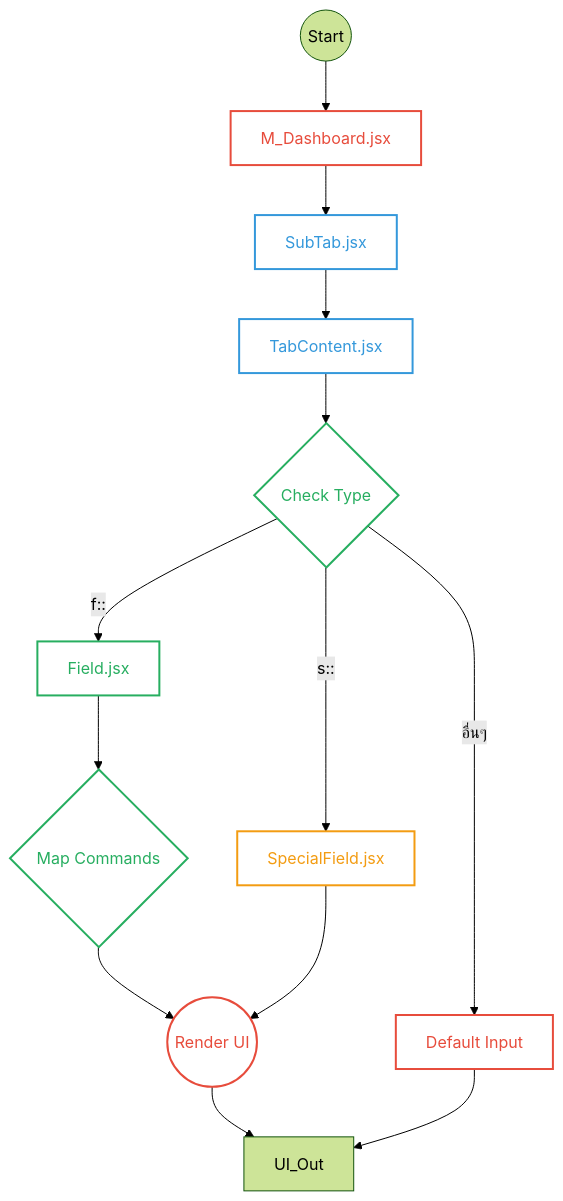
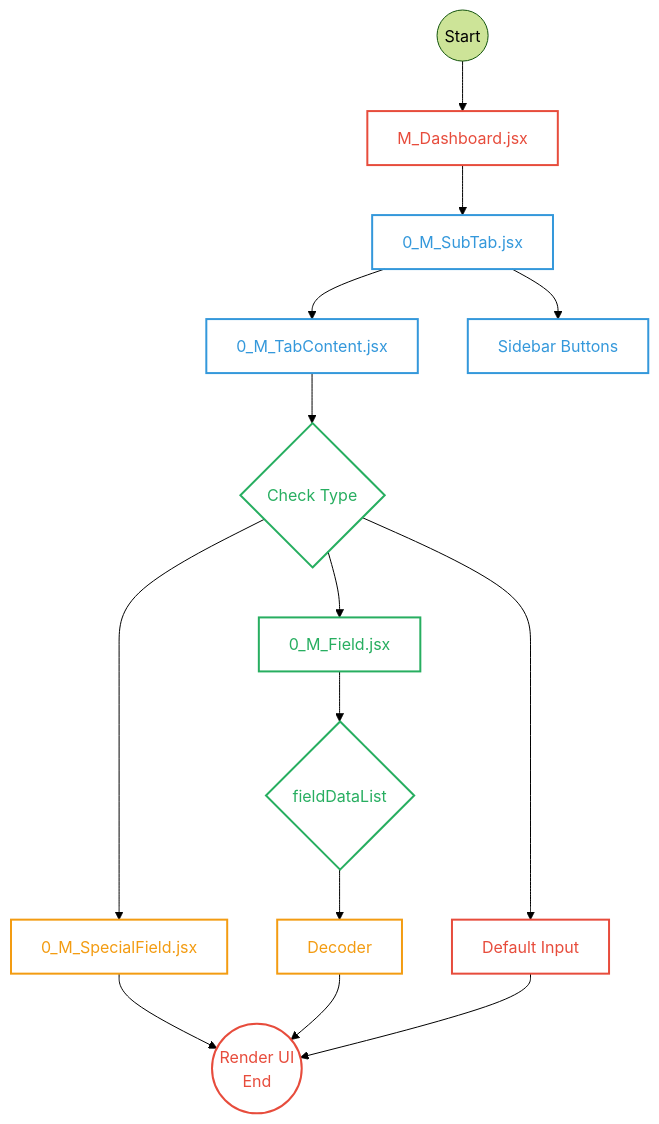
Before and after one commit to softwaretotest/learn_frontend: the diagram in docs/LARAVEL_M-BOT/Flow_M_UI.md, drawn with Mermaid (forest theme).

Commit message:
update Flow_M_UI

````diff
--- a/docs/LARAVEL_M-BOT/Flow_M_UI.md
+++ b/docs/LARAVEL_M-BOT/Flow_M_UI.md
@@ -3,30 +3,29 @@
 ```mermaid
 graph TD
-    %% Define Styles - ไม่มีสีพื้นหลัง, เน้นสีเส้นขอบและตัวอักษร
+    %% Define Styles - ไม่มีพื้นหลัง, เส้นขอบและสีตาม Convention เดิม
     classDef mainNode stroke:#e74c3c,stroke-width:2px,color:#e74c3c,fill:none;
     classDef subNode stroke:#3498db,stroke-width:2px,color:#3498db,fill:none;
     classDef logicNode stroke:#27ae60,stroke-width:2px,color:#27ae60,fill:none;
     classDef handlerNode stroke:#f39c12,stroke-width:2px,color:#f39c12,fill:none;
 
     %% Flow Structure
     Start((Start)) --> M_Dashboard[M_Dashboard.jsx]:::mainNode
 
-    M_Dashboard --> SubTab[SubTab.jsx]:::subNode
-    SubTab --> TabContent[TabContent.jsx]:::subNode
+    M_Dashboard --> SubTab[0_M_SubTab.jsx]:::subNode
 
-    %% Dispatcher Logic
-    TabContent --> CheckClass{Check Type}:::logicNode
+    SubTab --> TabContent[0_M_TabContent.jsx]:::subNode
+    SubTab --> SidebarButtons[Sidebar Buttons]:::subNode
 
-    CheckClass -- "s::" --> SpecialField[SpecialField.jsx]:::handlerNode
-    CheckClass -- "f::" --> Field[Field.jsx]:::logicNode
-    CheckClass -- "อื่นๆ" --> DefaultInput[Default Input]:::mainNode
+    TabContent --> CheckType{Check Type}:::logicNode
 
-    %% Decoder Logic
-    Field --> Commands{Map Commands}:::logicNode
-    Commands --> Decoder[Decoder]:::handlerNode
+    CheckType --> SpecialField[0_M_SpecialField.jsx]:::handlerNode
+    CheckType --> Field[0_M_Field.jsx]:::logicNode
+    CheckType --> DefaultInput[Default Input]:::mainNode
 
-    %% Final Rendering
-    SpecialField --> Decoder((Render UI)):::mainNode
-    Decoder --> UI_Out
-    DefaultInput --> UI_Out
+    Field --> fieldDataList{fieldDataList}:::logicNode
+    fieldDataList --> Decoder[Decoder]:::handlerNode
+
+    SpecialField --> Render((Render UI <br /> End)):::mainNode
+    Decoder --> Render
+    DefaultInput --> Render
 ```
````
